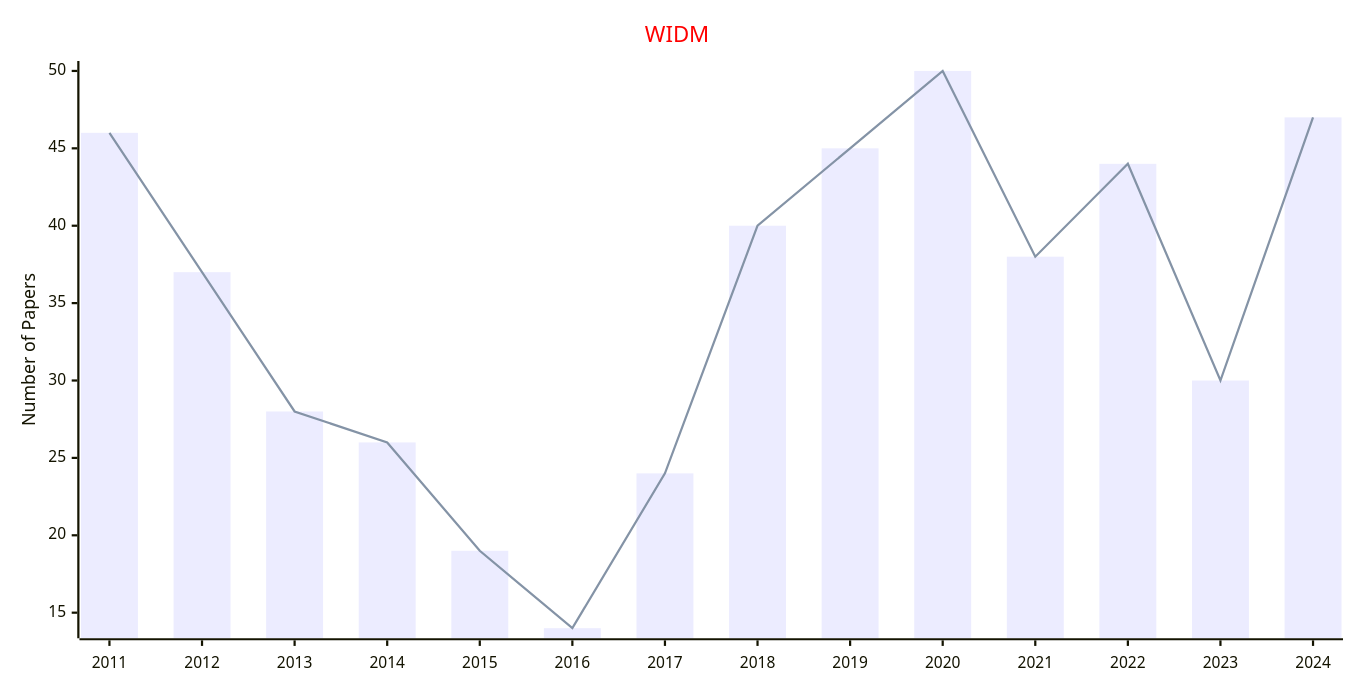
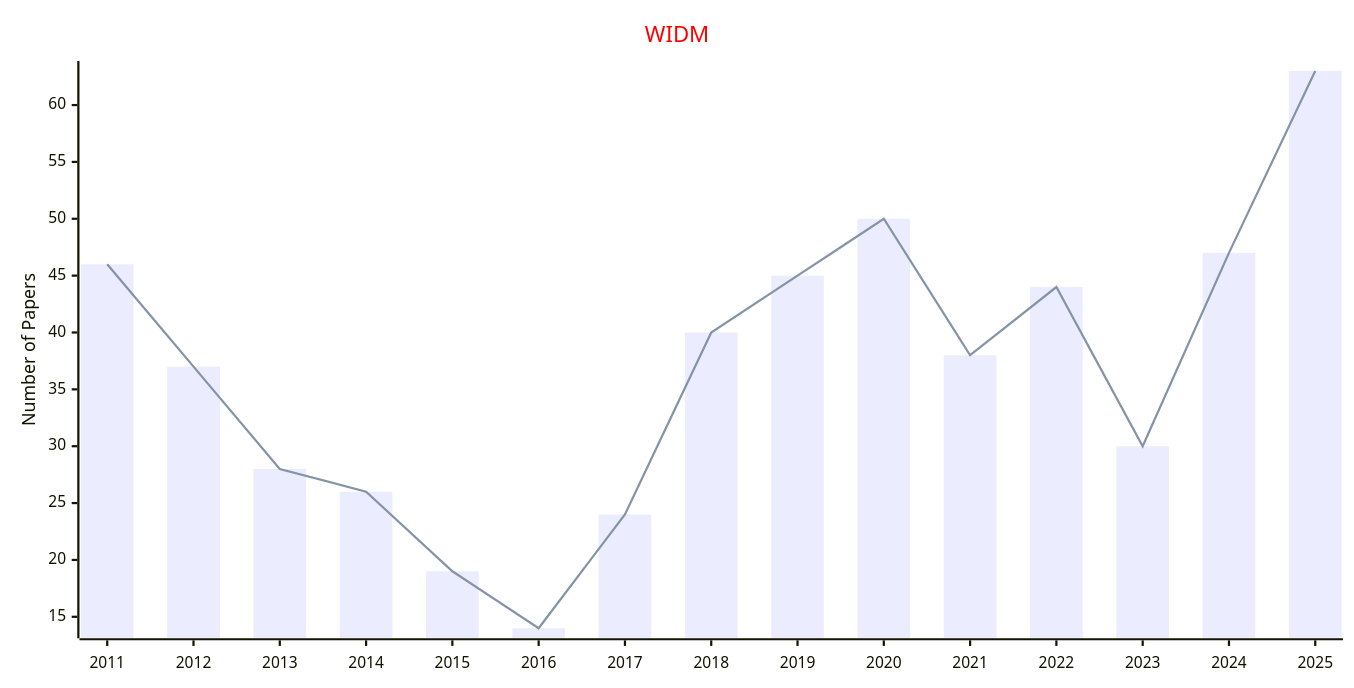
Before and after one commit to Easy-PhD/AILinks: the second of 2 diagrams in docs/data/Journals/Statistics_Journals/Knowledge_Discovery.md, drawn with Mermaid. The commit also changed 107 other files, not shown here.

````diff
--- a/docs/data/Journals/Statistics_Journals/Knowledge_Discovery.md
+++ b/docs/data/Journals/Statistics_Journals/Knowledge_Discovery.md
@@ -33,17 +33,17 @@
 ```mermaid
 ---
 config:
     xyChart:
         width: 1200
         height: 600
     themeVariables:
         xyChart:
             titleColor: "#ff0000"
 ---
 xychart-beta
     title "WIDM"
-    x-axis [2011, 2012, 2013, 2014, 2015, 2016, 2017, 2018, 2019, 2020, 2021, 2022, 2023, 2024]
+    x-axis [2011, 2012, 2013, 2014, 2015, 2016, 2017, 2018, 2019, 2020, 2021, 2022, 2023, 2024, 2025]
     y-axis "Number of Papers"
-    bar [46, 37, 28, 26, 19, 14, 24, 40, 45, 50, 38, 44, 30, 47]
-    line [46, 37, 28, 26, 19, 14, 24, 40, 45, 50, 38, 44, 30, 47]
+    bar [46, 37, 28, 26, 19, 14, 24, 40, 45, 50, 38, 44, 30, 47, 63]
+    line [46, 37, 28, 26, 19, 14, 24, 40, 45, 50, 38, 44, 30, 47, 63]
 ```
````
